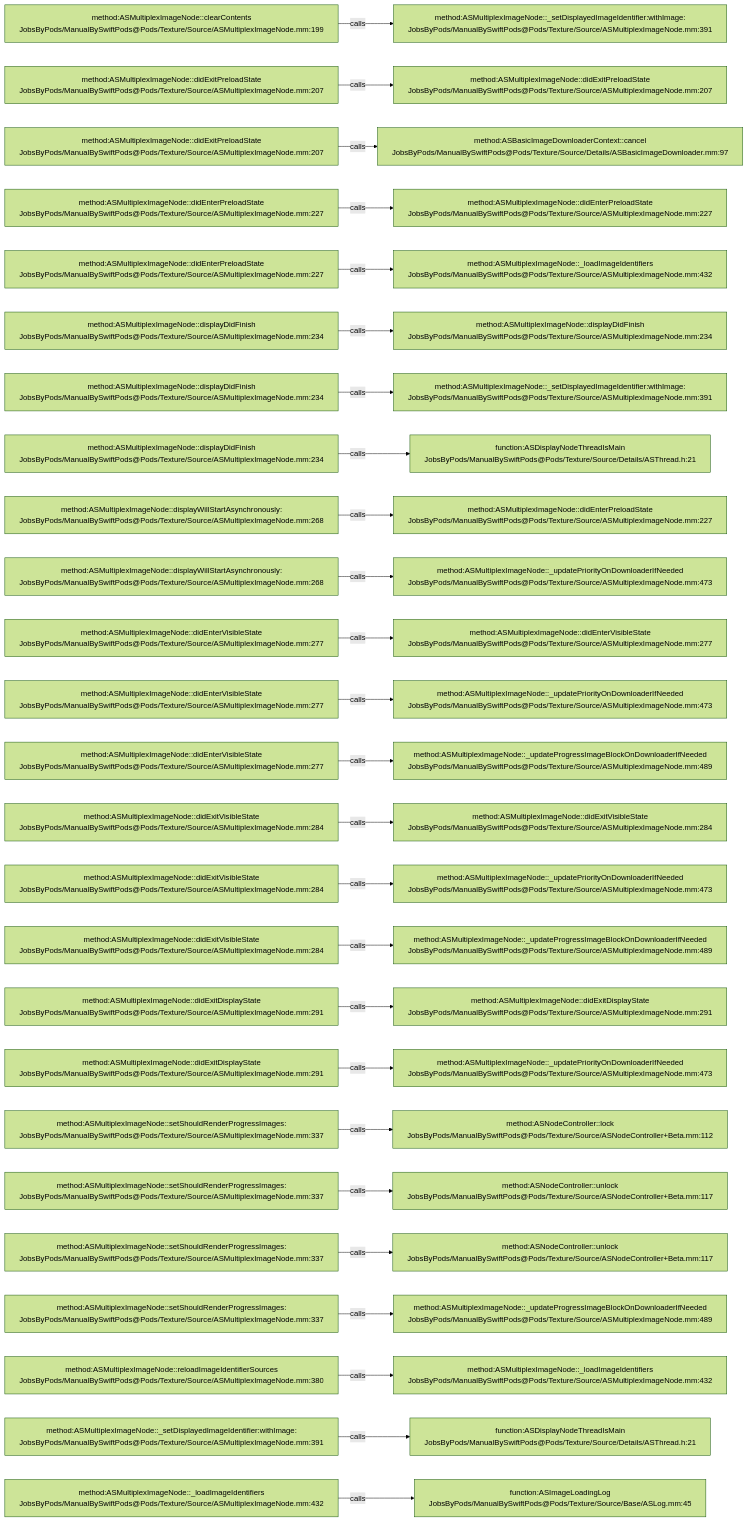
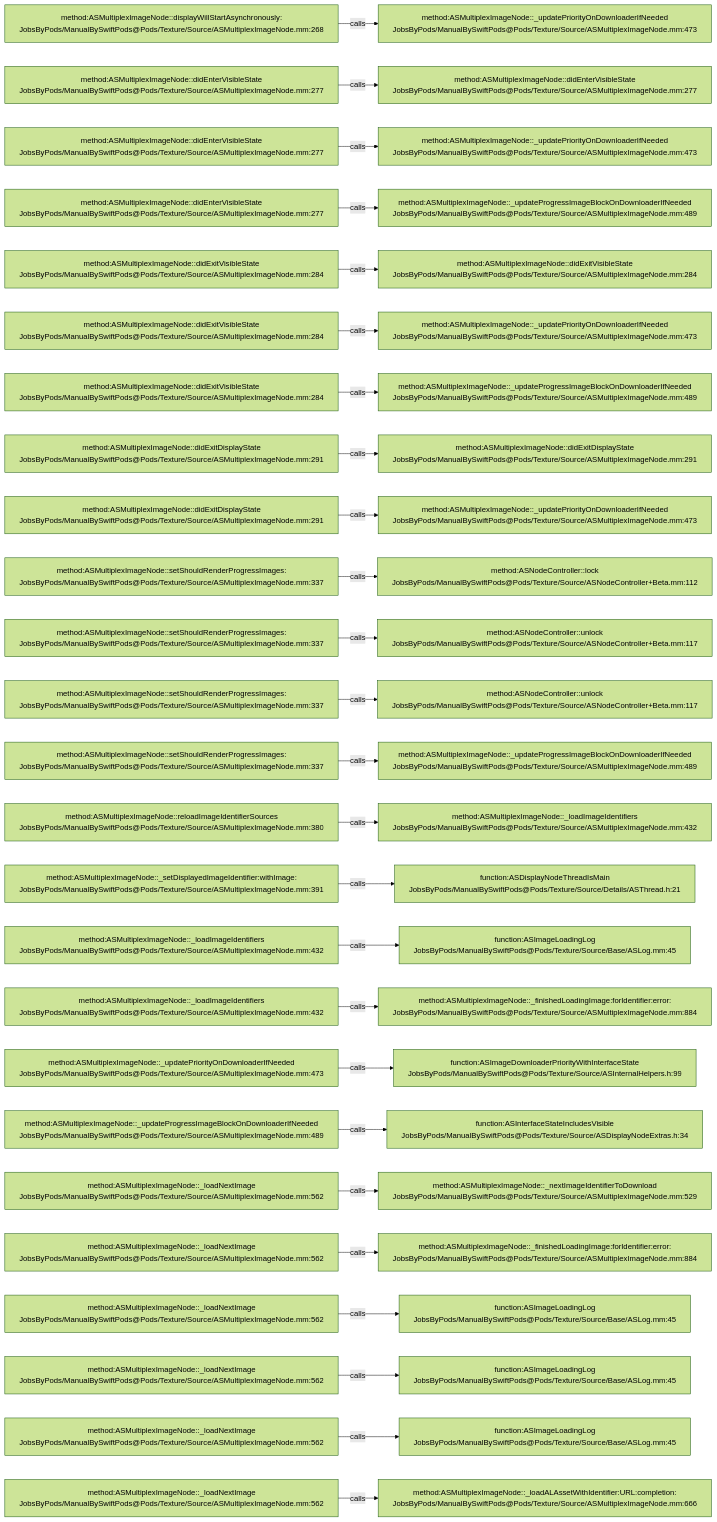
The diagram in .codegraph/codegraph.md/graphs/calls-047.md (JobsKits/JobsSwiftBaseConfigDemo), drawn with Mermaid (forest theme) before and after one commit. The commit also changed 707 other files, not shown here.

````diff
--- a/.codegraph/codegraph.md/graphs/calls-047.md
+++ b/.codegraph/codegraph.md/graphs/calls-047.md
@@ -13,78 +13,78 @@
 ```mermaid
 flowchart LR
-  S1["method:ASMultiplexImageNode::clearContents<br/>JobsByPods/ManualBySwiftPods@Pods/Texture/Source/ASMultiplexImageNode.mm:199"]
-  T1["method:ASMultiplexImageNode::_setDisplayedImageIdentifier:withImage:<br/>JobsByPods/ManualBySwiftPods@Pods/Texture/Source/ASMultiplexImageNode.mm:391"]
+  S1["method:ASMultiplexImageNode::displayWillStartAsynchronously:<br/>JobsByPods/ManualBySwiftPods@Pods/Texture/Source/ASMultiplexImageNode.mm:268"]
+  T1["method:ASMultiplexImageNode::_updatePriorityOnDownloaderIfNeeded<br/>JobsByPods/ManualBySwiftPods@Pods/Texture/Source/ASMultiplexImageNode.mm:473"]
   S1 -->|calls| T1
-  S2["method:ASMultiplexImageNode::didExitPreloadState<br/>JobsByPods/ManualBySwiftPods@Pods/Texture/Source/ASMultiplexImageNode.mm:207"]
-  T2["method:ASMultiplexImageNode::didExitPreloadState<br/>JobsByPods/ManualBySwiftPods@Pods/Texture/Source/ASMultiplexImageNode.mm:207"]
+  S2["method:ASMultiplexImageNode::didEnterVisibleState<br/>JobsByPods/ManualBySwiftPods@Pods/Texture/Source/ASMultiplexImageNode.mm:277"]
+  T2["method:ASMultiplexImageNode::didEnterVisibleState<br/>JobsByPods/ManualBySwiftPods@Pods/Texture/Source/ASMultiplexImageNode.mm:277"]
   S2 -->|calls| T2
-  S3["method:ASMultiplexImageNode::didExitPreloadState<br/>JobsByPods/ManualBySwiftPods@Pods/Texture/Source/ASMultiplexImageNode.mm:207"]
-  T3["method:ASBasicImageDownloaderContext::cancel<br/>JobsByPods/ManualBySwiftPods@Pods/Texture/Source/Details/ASBasicImageDownloader.mm:97"]
+  S3["method:ASMultiplexImageNode::didEnterVisibleState<br/>JobsByPods/ManualBySwiftPods@Pods/Texture/Source/ASMultiplexImageNode.mm:277"]
+  T3["method:ASMultiplexImageNode::_updatePriorityOnDownloaderIfNeeded<br/>JobsByPods/ManualBySwiftPods@Pods/Texture/Source/ASMultiplexImageNode.mm:473"]
   S3 -->|calls| T3
-  S4["method:ASMultiplexImageNode::didEnterPreloadState<br/>JobsByPods/ManualBySwiftPods@Pods/Texture/Source/ASMultiplexImageNode.mm:227"]
-  T4["method:ASMultiplexImageNode::didEnterPreloadState<br/>JobsByPods/ManualBySwiftPods@Pods/Texture/Source/ASMultiplexImageNode.mm:227"]
+  S4["method:ASMultiplexImageNode::didEnterVisibleState<br/>JobsByPods/ManualBySwiftPods@Pods/Texture/Source/ASMultiplexImageNode.mm:277"]
+  T4["method:ASMultiplexImageNode::_updateProgressImageBlockOnDownloaderIfNeeded<br/>JobsByPods/ManualBySwiftPods@Pods/Texture/Source/ASMultiplexImageNode.mm:489"]
   S4 -->|calls| T4
-  S5["method:ASMultiplexImageNode::didEnterPreloadState<br/>JobsByPods/ManualBySwiftPods@Pods/Texture/Source/ASMultiplexImageNode.mm:227"]
-  T5["method:ASMultiplexImageNode::_loadImageIdentifiers<br/>JobsByPods/ManualBySwiftPods@Pods/Texture/Source/ASMultiplexImageNode.mm:432"]
+  S5["method:ASMultiplexImageNode::didExitVisibleState<br/>JobsByPods/ManualBySwiftPods@Pods/Texture/Source/ASMultiplexImageNode.mm:284"]
+  T5["method:ASMultiplexImageNode::didExitVisibleState<br/>JobsByPods/ManualBySwiftPods@Pods/Texture/Source/ASMultiplexImageNode.mm:284"]
   S5 -->|calls| T5
-  S6["method:ASMultiplexImageNode::displayDidFinish<br/>JobsByPods/ManualBySwiftPods@Pods/Texture/Source/ASMultiplexImageNode.mm:234"]
-  T6["method:ASMultiplexImageNode::displayDidFinish<br/>JobsByPods/ManualBySwiftPods@Pods/Texture/Source/ASMultiplexImageNode.mm:234"]
+  S6["method:ASMultiplexImageNode::didExitVisibleState<br/>JobsByPods/ManualBySwiftPods@Pods/Texture/Source/ASMultiplexImageNode.mm:284"]
+  T6["method:ASMultiplexImageNode::_updatePriorityOnDownloaderIfNeeded<br/>JobsByPods/ManualBySwiftPods@Pods/Texture/Source/ASMultiplexImageNode.mm:473"]
   S6 -->|calls| T6
-  S7["method:ASMultiplexImageNode::displayDidFinish<br/>JobsByPods/ManualBySwiftPods@Pods/Texture/Source/ASMultiplexImageNode.mm:234"]
-  T7["method:ASMultiplexImageNode::_setDisplayedImageIdentifier:withImage:<br/>JobsByPods/ManualBySwiftPods@Pods/Texture/Source/ASMultiplexImageNode.mm:391"]
+  S7["method:ASMultiplexImageNode::didExitVisibleState<br/>JobsByPods/ManualBySwiftPods@Pods/Texture/Source/ASMultiplexImageNode.mm:284"]
+  T7["method:ASMultiplexImageNode::_updateProgressImageBlockOnDownloaderIfNeeded<br/>JobsByPods/ManualBySwiftPods@Pods/Texture/Source/ASMultiplexImageNode.mm:489"]
   S7 -->|calls| T7
-  S8["method:ASMultiplexImageNode::displayDidFinish<br/>JobsByPods/ManualBySwiftPods@Pods/Texture/Source/ASMultiplexImageNode.mm:234"]
-  T8["function:ASDisplayNodeThreadIsMain<br/>JobsByPods/ManualBySwiftPods@Pods/Texture/Source/Details/ASThread.h:21"]
+  S8["method:ASMultiplexImageNode::didExitDisplayState<br/>JobsByPods/ManualBySwiftPods@Pods/Texture/Source/ASMultiplexImageNode.mm:291"]
+  T8["method:ASMultiplexImageNode::didExitDisplayState<br/>JobsByPods/ManualBySwiftPods@Pods/Texture/Source/ASMultiplexImageNode.mm:291"]
   S8 -->|calls| T8
-  S9["method:ASMultiplexImageNode::displayWillStartAsynchronously:<br/>JobsByPods/ManualBySwiftPods@Pods/Texture/Source/ASMultiplexImageNode.mm:268"]
-  T9["method:ASMultiplexImageNode::didEnterPreloadState<br/>JobsByPods/ManualBySwiftPods@Pods/Texture/Source/ASMultiplexImageNode.mm:227"]
+  S9["method:ASMultiplexImageNode::didExitDisplayState<br/>JobsByPods/ManualBySwiftPods@Pods/Texture/Source/ASMultiplexImageNode.mm:291"]
+  T9["method:ASMultiplexImageNode::_updatePriorityOnDownloaderIfNeeded<br/>JobsByPods/ManualBySwiftPods@Pods/Texture/Source/ASMultiplexImageNode.mm:473"]
   S9 -->|calls| T9
-  S10["method:ASMultiplexImageNode::displayWillStartAsynchronously:<br/>JobsByPods/ManualBySwiftPods@Pods/Texture/Source/ASMultiplexImageNode.mm:268"]
-  T10["method:ASMultiplexImageNode::_updatePriorityOnDownloaderIfNeeded<br/>JobsByPods/ManualBySwiftPods@Pods/Texture/Source/ASMultiplexImageNode.mm:473"]
+  S10["method:ASMultiplexImageNode::setShouldRenderProgressImages:<br/>JobsByPods/ManualBySwiftPods@Pods/Texture/Source/ASMultiplexImageNode.mm:337"]
+  T10["method:ASNodeController::lock<br/>JobsByPods/ManualBySwiftPods@Pods/Texture/Source/ASNodeController+Beta.mm:112"]
   S10 -->|calls| T10
-  S11["method:ASMultiplexImageNode::didEnterVisibleState<br/>JobsByPods/ManualBySwiftPods@Pods/Texture/Source/ASMultiplexImageNode.mm:277"]
-  T11["method:ASMultiplexImageNode::didEnterVisibleState<br/>JobsByPods/ManualBySwiftPods@Pods/Texture/Source/ASMultiplexImageNode.mm:277"]
+  S11["method:ASMultiplexImageNode::setShouldRenderProgressImages:<br/>JobsByPods/ManualBySwiftPods@Pods/Texture/Source/ASMultiplexImageNode.mm:337"]
+  T11["method:ASNodeController::unlock<br/>JobsByPods/ManualBySwiftPods@Pods/Texture/Source/ASNodeController+Beta.mm:117"]
   S11 -->|calls| T11
-  S12["method:ASMultiplexImageNode::didEnterVisibleState<br/>JobsByPods/ManualBySwiftPods@Pods/Texture/Source/ASMultiplexImageNode.mm:277"]
-  T12["method:ASMultiplexImageNode::_updatePriorityOnDownloaderIfNeeded<br/>JobsByPods/ManualBySwiftPods@Pods/Texture/Source/ASMultiplexImageNode.mm:473"]
+  S12["method:ASMultiplexImageNode::setShouldRenderProgressImages:<br/>JobsByPods/ManualBySwiftPods@Pods/Texture/Source/ASMultiplexImageNode.mm:337"]
+  T12["method:ASNodeController::unlock<br/>JobsByPods/ManualBySwiftPods@Pods/Texture/Source/ASNodeController+Beta.mm:117"]
   S12 -->|calls| T12
-  S13["method:ASMultiplexImageNode::didEnterVisibleState<br/>JobsByPods/ManualBySwiftPods@Pods/Texture/Source/ASMultiplexImageNode.mm:277"]
+  S13["method:ASMultiplexImageNode::setShouldRenderProgressImages:<br/>JobsByPods/ManualBySwiftPods@Pods/Texture/Source/ASMultiplexImageNode.mm:337"]
   T13["method:ASMultiplexImageNode::_updateProgressImageBlockOnDownloaderIfNeeded<br/>JobsByPods/ManualBySwiftPods@Pods/Texture/Source/ASMultiplexImageNode.mm:489"]
   S13 -->|calls| T13
-  S14["method:ASMultiplexImageNode::didExitVisibleState<br/>JobsByPods/ManualBySwiftPods@Pods/Texture/Source/ASMultiplexImageNode.mm:284"]
-  T14["method:ASMultiplexImageNode::didExitVisibleState<br/>JobsByPods/ManualBySwiftPods@Pods/Texture/Source/ASMultiplexImageNode.mm:284"]
+  S14["method:ASMultiplexImageNode::reloadImageIdentifierSources<br/>JobsByPods/ManualBySwiftPods@Pods/Texture/Source/ASMultiplexImageNode.mm:380"]
+  T14["method:ASMultiplexImageNode::_loadImageIdentifiers<br/>JobsByPods/ManualBySwiftPods@Pods/Texture/Source/ASMultiplexImageNode.mm:432"]
   S14 -->|calls| T14
-  S15["method:ASMultiplexImageNode::didExitVisibleState<br/>JobsByPods/ManualBySwiftPods@Pods/Texture/Source/ASMultiplexImageNode.mm:284"]
-  T15["method:ASMultiplexImageNode::_updatePriorityOnDownloaderIfNeeded<br/>JobsByPods/ManualBySwiftPods@Pods/Texture/Source/ASMultiplexImageNode.mm:473"]
+  S15["method:ASMultiplexImageNode::_setDisplayedImageIdentifier:withImage:<br/>JobsByPods/ManualBySwiftPods@Pods/Texture/Source/ASMultiplexImageNode.mm:391"]
+  T15["function:ASDisplayNodeThreadIsMain<br/>JobsByPods/ManualBySwiftPods@Pods/Texture/Source/Details/ASThread.h:21"]
   S15 -->|calls| T15
-  S16["method:ASMultiplexImageNode::didExitVisibleState<br/>JobsByPods/ManualBySwiftPods@Pods/Texture/Source/ASMultiplexImageNode.mm:284"]
-  T16["method:ASMultiplexImageNode::_updateProgressImageBlockOnDownloaderIfNeeded<br/>JobsByPods/ManualBySwiftPods@Pods/Texture/Source/ASMultiplexImageNode.mm:489"]
+  S16["method:ASMultiplexImageNode::_loadImageIdentifiers<br/>JobsByPods/ManualBySwiftPods@Pods/Texture/Source/ASMultiplexImageNode.mm:432"]
+  T16["function:ASImageLoadingLog<br/>JobsByPods/ManualBySwiftPods@Pods/Texture/Source/Base/ASLog.mm:45"]
   S16 -->|calls| T16
-  S17["method:ASMultiplexImageNode::didExitDisplayState<br/>JobsByPods/ManualBySwiftPods@Pods/Texture/Source/ASMultiplexImageNode.mm:291"]
-  T17["method:ASMultiplexImageNode::didExitDisplayState<br/>JobsByPods/ManualBySwiftPods@Pods/Texture/Source/ASMultiplexImageNode.mm:291"]
+  S17["method:ASMultiplexImageNode::_loadImageIdentifiers<br/>JobsByPods/ManualBySwiftPods@Pods/Texture/Source/ASMultiplexImageNode.mm:432"]
+  T17["method:ASMultiplexImageNode::_finishedLoadingImage:forIdentifier:error:<br/>JobsByPods/ManualBySwiftPods@Pods/Texture/Source/ASMultiplexImageNode.mm:884"]
   S17 -->|calls| T17
-  S18["method:ASMultiplexImageNode::didExitDisplayState<br/>JobsByPods/ManualBySwiftPods@Pods/Texture/Source/ASMultiplexImageNode.mm:291"]
-  T18["method:ASMultiplexImageNode::_updatePriorityOnDownloaderIfNeeded<br/>JobsByPods/ManualBySwiftPods@Pods/Texture/Source/ASMultiplexImageNode.mm:473"]
+  S18["method:ASMultiplexImageNode::_updatePriorityOnDownloaderIfNeeded<br/>JobsByPods/ManualBySwiftPods@Pods/Texture/Source/ASMultiplexImageNode.mm:473"]
+  T18["function:ASImageDownloaderPriorityWithInterfaceState<br/>JobsByPods/ManualBySwiftPods@Pods/Texture/Source/ASInternalHelpers.h:99"]
   S18 -->|calls| T18
-  S19["method:ASMultiplexImageNode::setShouldRenderProgressImages:<br/>JobsByPods/ManualBySwiftPods@Pods/Texture/Source/ASMultiplexImageNode.mm:337"]
-  T19["method:ASNodeController::lock<br/>JobsByPods/ManualBySwiftPods@Pods/Texture/Source/ASNodeController+Beta.mm:112"]
+  S19["method:ASMultiplexImageNode::_updateProgressImageBlockOnDownloaderIfNeeded<br/>JobsByPods/ManualBySwiftPods@Pods/Texture/Source/ASMultiplexImageNode.mm:489"]
+  T19["function:ASInterfaceStateIncludesVisible<br/>JobsByPods/ManualBySwiftPods@Pods/Texture/Source/ASDisplayNodeExtras.h:34"]
   S19 -->|calls| T19
-  S20["method:ASMultiplexImageNode::setShouldRenderProgressImages:<br/>JobsByPods/ManualBySwiftPods@Pods/Texture/Source/ASMultiplexImageNode.mm:337"]
-  T20["method:ASNodeController::unlock<br/>JobsByPods/ManualBySwiftPods@Pods/Texture/Source/ASNodeController+Beta.mm:117"]
+  S20["method:ASMultiplexImageNode::_loadNextImage<br/>JobsByPods/ManualBySwiftPods@Pods/Texture/Source/ASMultiplexImageNode.mm:562"]
+  T20["method:ASMultiplexImageNode::_nextImageIdentifierToDownload<br/>JobsByPods/ManualBySwiftPods@Pods/Texture/Source/ASMultiplexImageNode.mm:529"]
   S20 -->|calls| T20
-  S21["method:ASMultiplexImageNode::setShouldRenderProgressImages:<br/>JobsByPods/ManualBySwiftPods@Pods/Texture/Source/ASMultiplexImageNode.mm:337"]
-  T21["method:ASNodeController::unlock<br/>JobsByPods/ManualBySwiftPods@Pods/Texture/Source/ASNodeController+Beta.mm:117"]
+  S21["method:ASMultiplexImageNode::_loadNextImage<br/>JobsByPods/ManualBySwiftPods@Pods/Texture/Source/ASMultiplexImageNode.mm:562"]
+  T21["method:ASMultiplexImageNode::_finishedLoadingImage:forIdentifier:error:<br/>JobsByPods/ManualBySwiftPods@Pods/Texture/Source/ASMultiplexImageNode.mm:884"]
   S21 -->|calls| T21
-  S22["method:ASMultiplexImageNode::setShouldRenderProgressImages:<br/>JobsByPods/ManualBySwiftPods@Pods/Texture/Source/ASMultiplexImageNode.mm:337"]
-  T22["method:ASMultiplexImageNode::_updateProgressImageBlockOnDownloaderIfNeeded<br/>JobsByPods/ManualBySwiftPods@Pods/Texture/Source/ASMultiplexImageNode.mm:489"]
+  S22["method:ASMultiplexImageNode::_loadNextImage<br/>JobsByPods/ManualBySwiftPods@Pods/Texture/Source/ASMultiplexImageNode.mm:562"]
+  T22["function:ASImageLoadingLog<br/>JobsByPods/ManualBySwiftPods@Pods/Texture/Source/Base/ASLog.mm:45"]
   S22 -->|calls| T22
-  S23["method:ASMultiplexImageNode::reloadImageIdentifierSources<br/>JobsByPods/ManualBySwiftPods@Pods/Texture/Source/ASMultiplexImageNode.mm:380"]
-  T23["method:ASMultiplexImageNode::_loadImageIdentifiers<br/>JobsByPods/ManualBySwiftPods@Pods/Texture/Source/ASMultiplexImageNode.mm:432"]
+  S23["method:ASMultiplexImageNode::_loadNextImage<br/>JobsByPods/ManualBySwiftPods@Pods/Texture/Source/ASMultiplexImageNode.mm:562"]
+  T23["function:ASImageLoadingLog<br/>JobsByPods/ManualBySwiftPods@Pods/Texture/Source/Base/ASLog.mm:45"]
   S23 -->|calls| T23
-  S24["method:ASMultiplexImageNode::_setDisplayedImageIdentifier:withImage:<br/>JobsByPods/ManualBySwiftPods@Pods/Texture/Source/ASMultiplexImageNode.mm:391"]
-  T24["function:ASDisplayNodeThreadIsMain<br/>JobsByPods/ManualBySwiftPods@Pods/Texture/Source/Details/ASThread.h:21"]
+  S24["method:ASMultiplexImageNode::_loadNextImage<br/>JobsByPods/ManualBySwiftPods@Pods/Texture/Source/ASMultiplexImageNode.mm:562"]
+  T24["function:ASImageLoadingLog<br/>JobsByPods/ManualBySwiftPods@Pods/Texture/Source/Base/ASLog.mm:45"]
   S24 -->|calls| T24
-  S25["method:ASMultiplexImageNode::_loadImageIdentifiers<br/>JobsByPods/ManualBySwiftPods@Pods/Texture/Source/ASMultiplexImageNode.mm:432"]
-  T25["function:ASImageLoadingLog<br/>JobsByPods/ManualBySwiftPods@Pods/Texture/Source/Base/ASLog.mm:45"]
+  S25["method:ASMultiplexImageNode::_loadNextImage<br/>JobsByPods/ManualBySwiftPods@Pods/Texture/Source/ASMultiplexImageNode.mm:562"]
+  T25["method:ASMultiplexImageNode::_loadALAssetWithIdentifier:URL:completion:<br/>JobsByPods/ManualBySwiftPods@Pods/Texture/Source/ASMultiplexImageNode.mm:666"]
   S25 -->|calls| T25
 ```
````
